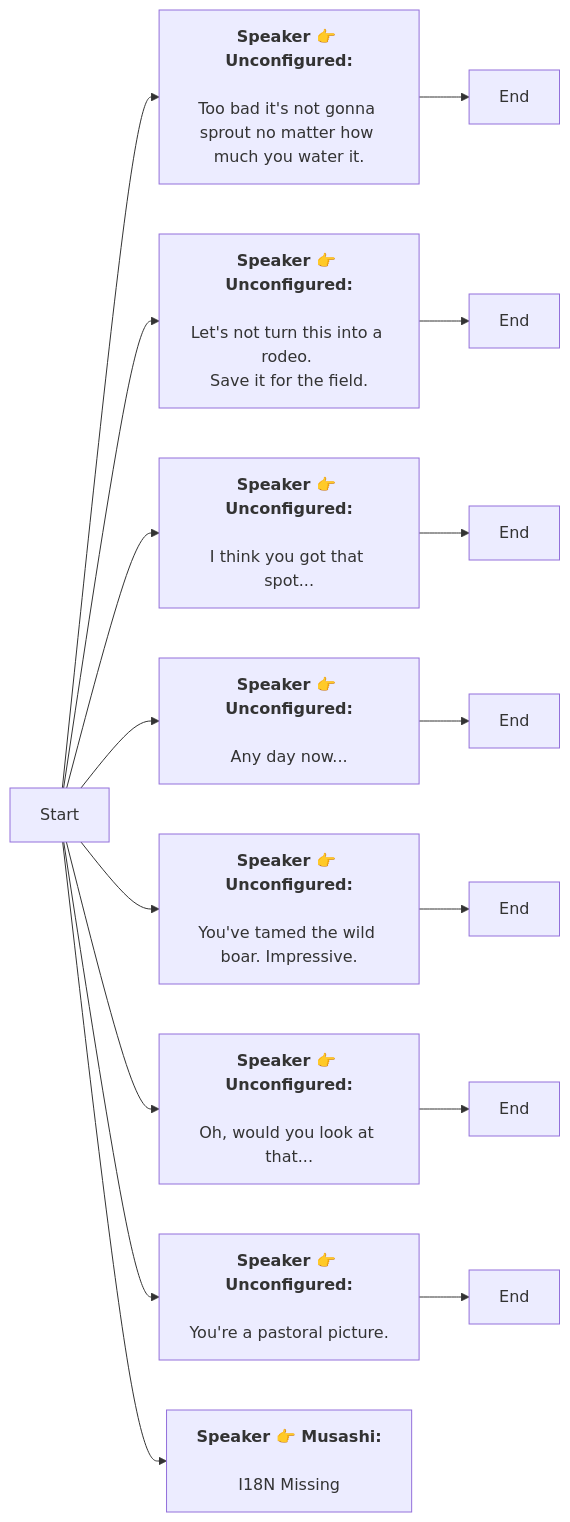
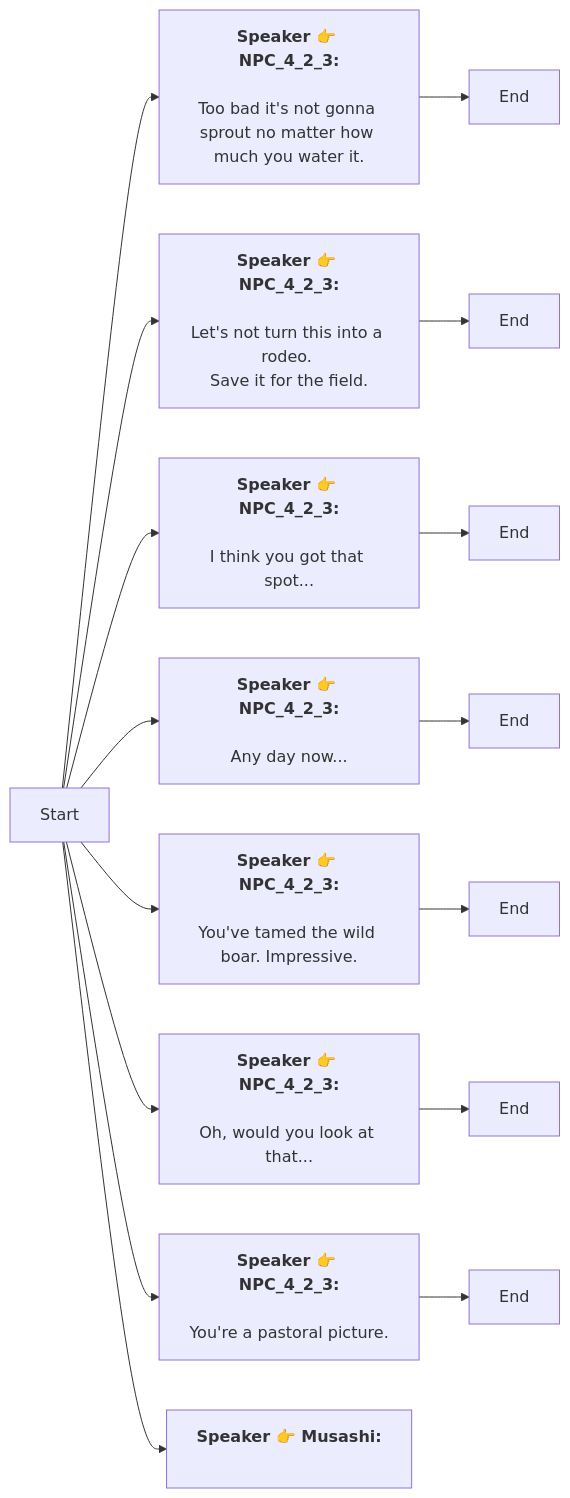
Before and after one commit to SoftHu/tos_avg: the diagram in En/FarmingTutriols.md, drawn with Mermaid. The commit also changed 737 other files, not shown here.

````diff
--- a/En/FarmingTutriols.md
+++ b/En/FarmingTutriols.md
@@ -1,36 +1,28 @@
 ```mermaid
 graph LR
-Start -->1768884574776325[<b>Speaker 👉 Unconfigured:</b>
-
-Too bad it's not gonna sprout no matter how much you water it.]
+Start -->1768884574776325[<b>Speaker 👉 NPC_4_2_3:</b>
+\nToo bad it's not gonna sprout no matter how much you water it.]
 1768884574776325 -->1768884429265923[End]
-Start -->1768884774476813[<b>Speaker 👉 Unconfigured:</b>
-
-Let's not turn this into a rodeo. 
+Start -->1768884774476813[<b>Speaker 👉 NPC_4_2_3:</b>
+\nLet's not turn this into a rodeo. 
 Save it for the field.]
 1768884774476813 -->1768884678678536[End]
-Start -->1768884787234830[<b>Speaker 👉 Unconfigured:</b>
-
-I think you got that spot... ]
+Start -->1768884787234830[<b>Speaker 👉 NPC_4_2_3:</b>
+\nI think you got that spot... ]
 1768884787234830 -->1768884739463179[End]
-Start -->1768884796445711[<b>Speaker 👉 Unconfigured:</b>
-
-Any day now... ]
+Start -->1768884796445711[<b>Speaker 👉 NPC_4_2_3:</b>
+\nAny day now... ]
 1768884796445711 -->1768884809496592[End]
-Start -->1768884880899090[<b>Speaker 👉 Unconfigured:</b>
-
-You've tamed the wild boar. Impressive.]
+Start -->1768884880899090[<b>Speaker 👉 NPC_4_2_3:</b>
+\nYou've tamed the wild boar. Impressive.]
 1768884880899090 -->1768884891209747[End]
-Start -->1768884921164823[<b>Speaker 👉 Unconfigured:</b>
-
-Oh, would you look at that...]
+Start -->1768884921164823[<b>Speaker 👉 NPC_4_2_3:</b>
+\nOh, would you look at that...]
 1768884921164823 -->1768884925259800[End]
-Start -->1768884920385558[<b>Speaker 👉 Unconfigured:</b>
-
-You're a pastoral picture. ]
+Start -->1768884920385558[<b>Speaker 👉 NPC_4_2_3:</b>
+\nYou're a pastoral picture. ]
 1768884920385558 -->1768884931682329[End]
 Start -->1772535815119022[<b>Speaker 👉 Musashi:</b>
+\n]
 
-I18N Missing]
-
- ```
+```
````
